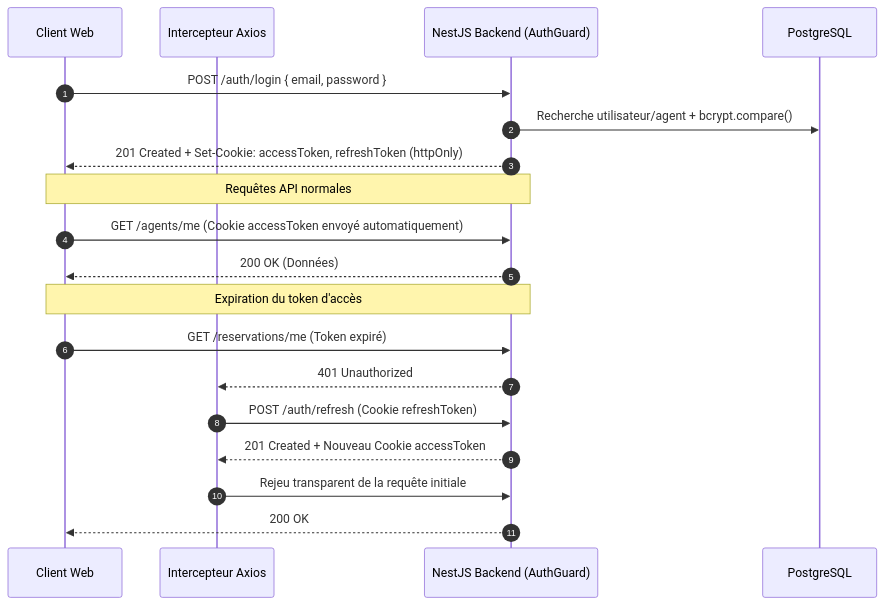
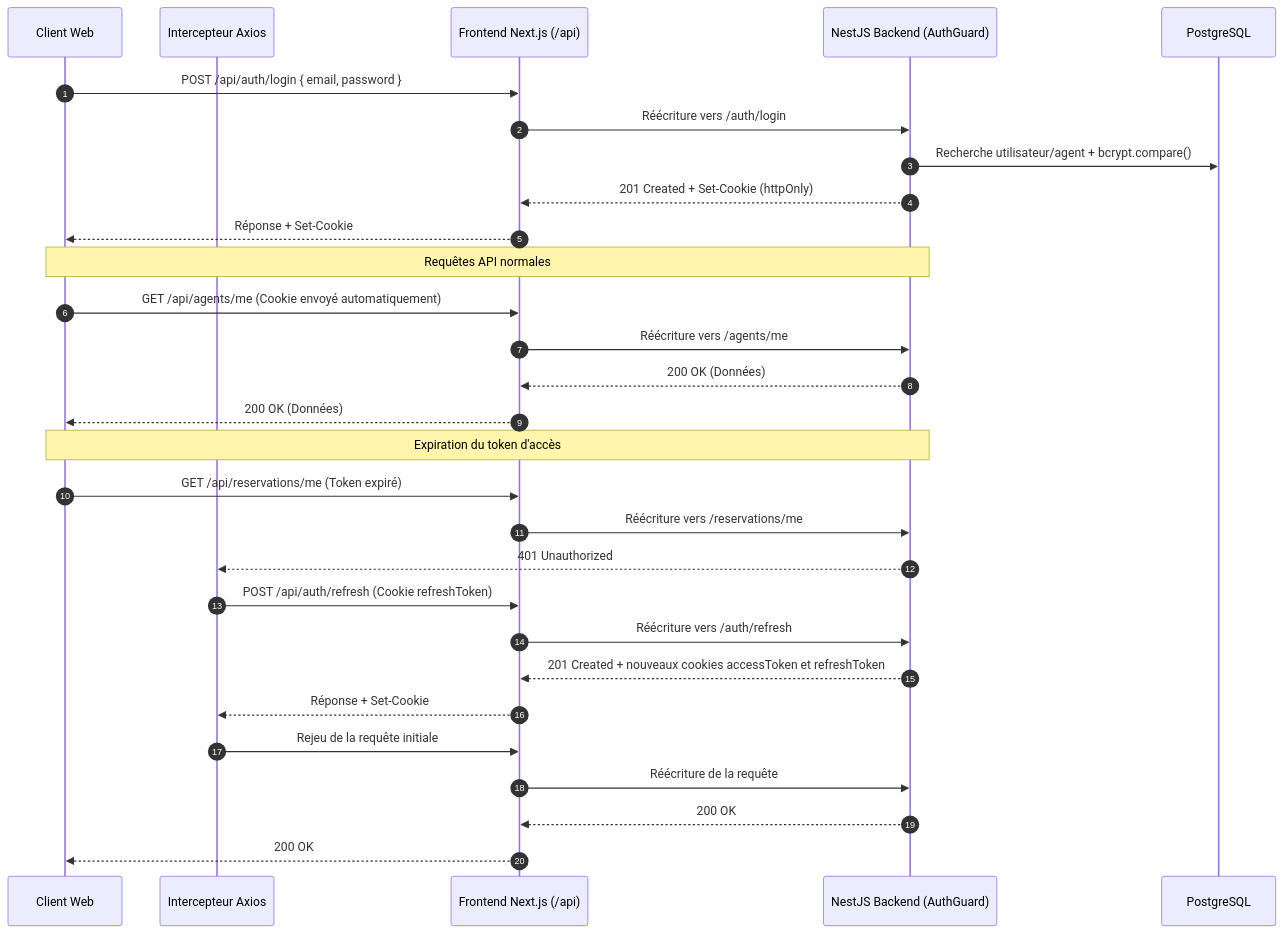
One commit to rihem-akermi/freeForU changed the sixth of 9 diagrams in README.md. Above: the diagram before and after it, drawn with Mermaid. The commit also changed other lines of this file and 6 other files, not shown here.

Commit message:
implement refresh token rotation and session management; update authentication flow and API integration

````diff
--- a/README.md
+++ b/README.md
@@ -371,24 +374,34 @@
 ```mermaid
 sequenceDiagram
     autonumber
     participant UI as Client Web
     participant Axios as Intercepteur Axios
+    participant Next as Frontend Next.js (/api)
     participant Backend as NestJS Backend (AuthGuard)
     participant DB as PostgreSQL
 
-    UI->>Backend: POST /auth/login { email, password }
+    UI->>Next: POST /api/auth/login { email, password }
+    Next->>Backend: Réécriture vers /auth/login
     Backend->>DB: Recherche utilisateur/agent + bcrypt.compare()
-    Backend-->>UI: 201 Created + Set-Cookie: accessToken, refreshToken (httpOnly)
+    Backend-->>Next: 201 Created + Set-Cookie (httpOnly)
+    Next-->>UI: Réponse + Set-Cookie
 
     Note over UI,Backend: Requêtes API normales
-    UI->>Backend: GET /agents/me (Cookie accessToken envoyé automatiquement)
-    Backend-->>UI: 200 OK (Données)
+    UI->>Next: GET /api/agents/me (Cookie envoyé automatiquement)
+    Next->>Backend: Réécriture vers /agents/me
+    Backend-->>Next: 200 OK (Données)
+    Next-->>UI: 200 OK (Données)
 
     Note over UI,Backend: Expiration du token d'accès
-    UI->>Backend: GET /reservations/me (Token expiré)
+    UI->>Next: GET /api/reservations/me (Token expiré)
+    Next->>Backend: Réécriture vers /reservations/me
     Backend-->>Axios: 401 Unauthorized
-    Axios->>Backend: POST /auth/refresh (Cookie refreshToken)
-    Backend-->>Axios: 201 Created + Nouveau Cookie accessToken
-    Axios->>Backend: Rejeu transparent de la requête initiale
-    Backend-->>UI: 200 OK
+    Axios->>Next: POST /api/auth/refresh (Cookie refreshToken)
+    Next->>Backend: Réécriture vers /auth/refresh
+    Backend-->>Next: 201 Created + nouveaux cookies accessToken et refreshToken
+    Next-->>Axios: Réponse + Set-Cookie
+    Axios->>Next: Rejeu de la requête initiale
+    Next->>Backend: Réécriture de la requête
+    Backend-->>Next: 200 OK
+    Next-->>UI: 200 OK
 ```
````
